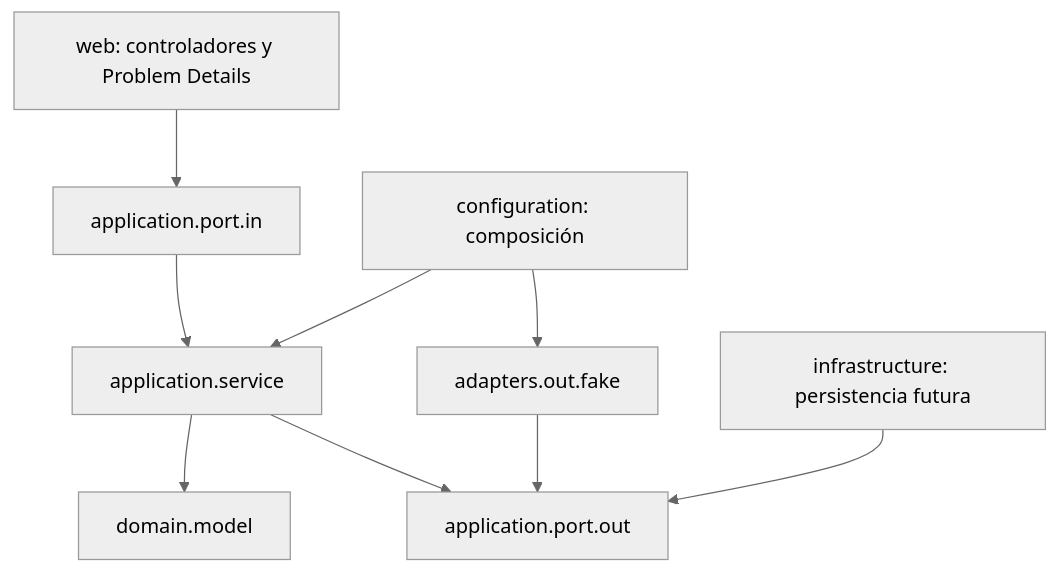
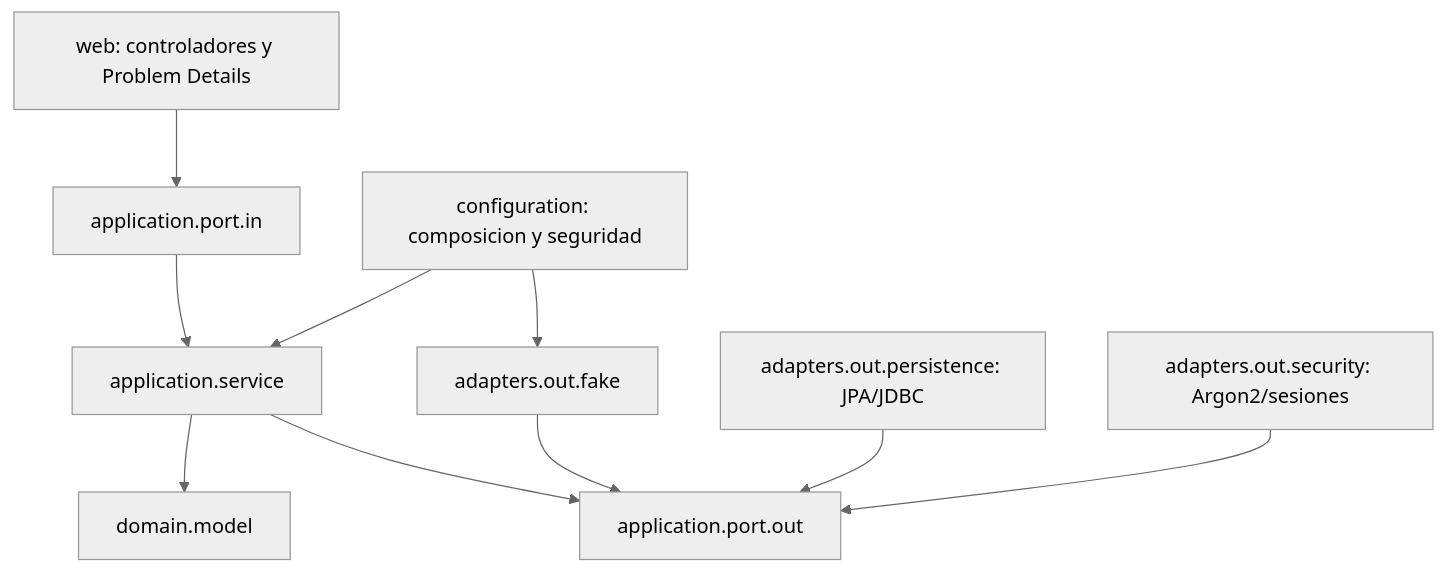
Before and after one commit to 1franky/chat-mcp: the first of 3 diagrams in docs/architecture.md, drawn with Mermaid (neutral theme). The commit also changed other lines of this file and 87 other files, not shown here.

````diff
--- a/docs/architecture.md
+++ b/docs/architecture.md
@@ -7,11 +7,12 @@
 ```mermaid
 flowchart TB
     WEB["web: controladores y Problem Details"] --> IN["application.port.in"]
     IN --> APP["application.service"]
     APP --> DOMAIN["domain.model"]
     APP --> OUT["application.port.out"]
-    CFG["configuration: composición"] --> APP
+    CFG["configuration: composicion y seguridad"] --> APP
     CFG --> FAKE["adapters.out.fake"]
     FAKE --> OUT
-    INFRA["infrastructure: persistencia futura"] --> OUT
+    JPA["adapters.out.persistence: JPA/JDBC"] --> OUT
+    SEC["adapters.out.security: Argon2/sesiones"] --> OUT
 ```
````
